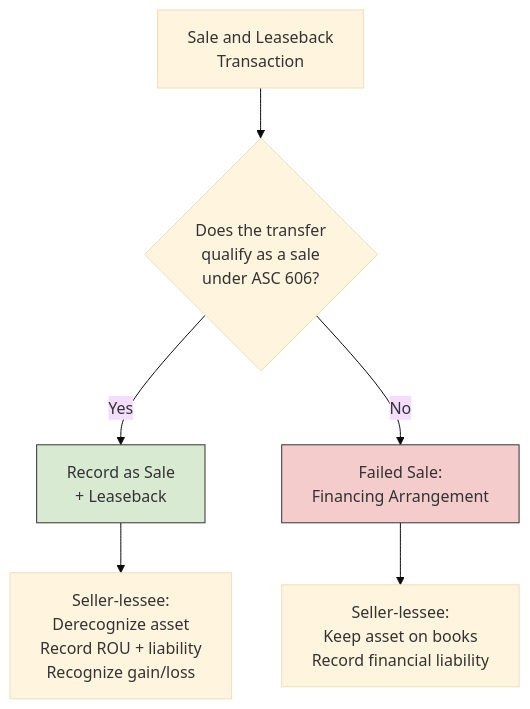
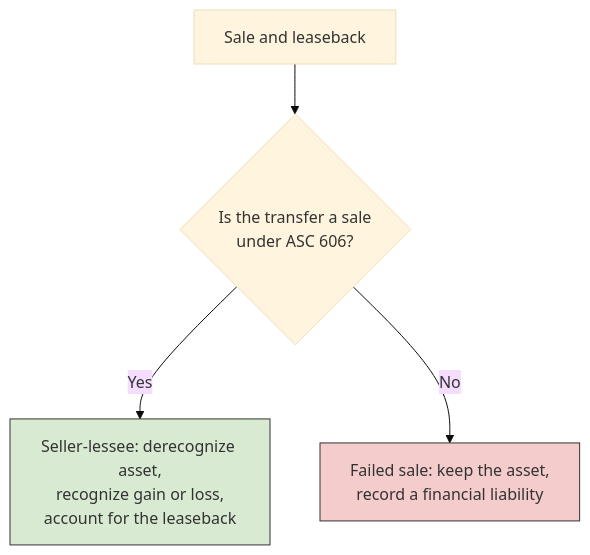
Before and after one commit to subwaymatch/cpabear-book: the second of 2 diagrams in docs/bar/technical-accounting-combinations-and-reporting/leases.md, drawn with Mermaid (base theme). The commit also changed other lines of this file and 204 other files, not shown here.

First line of the commit message:
Update the book for the 2027 CPA Exam Blueprints, fix dark-mode diagrams, add diagram zoom (#49)

````diff
--- a/docs/bar/technical-accounting-combinations-and-reporting/leases.md
+++ b/docs/bar/technical-accounting-combinations-and-reporting/leases.md
@@ -313,10 +219,8 @@
 ```mermaid
 graph TD
-    A["Sale and Leaseback<br/>Transaction"] --> B{"Does the transfer<br/>qualify as a sale<br/>under ASC 606?"}
-    B -->|Yes| C["Record as Sale<br/>+ Leaseback"]
-    B -->|No| D["Failed Sale:<br/>Financing Arrangement"]
-    C --> C1["Seller-lessee:<br/>Derecognize asset<br/>Record ROU + liability<br/>Recognize gain/loss"]
-    D --> D1["Seller-lessee:<br/>Keep asset on books<br/>Record financial liability"]
+    A["Sale and leaseback"] --> B{"Is the transfer a sale<br/>under ASC 606?"}
+    B -->|Yes| C["Seller-lessee: derecognize asset,<br/>recognize gain or loss,<br/>account for the leaseback"]
+    B -->|No| D["Failed sale: keep the asset,<br/>record a financial liability"]
     style C fill:#d9ead3,stroke:#333
     style D fill:#f4cccc,stroke:#333
 ```
````
